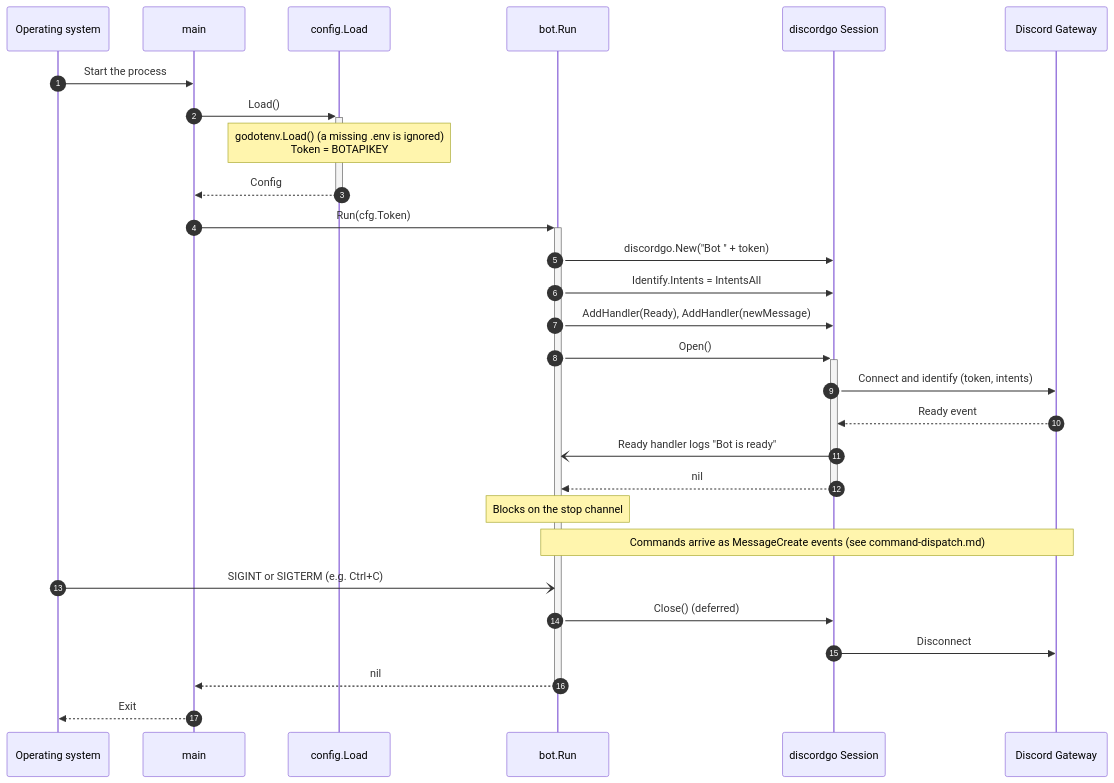
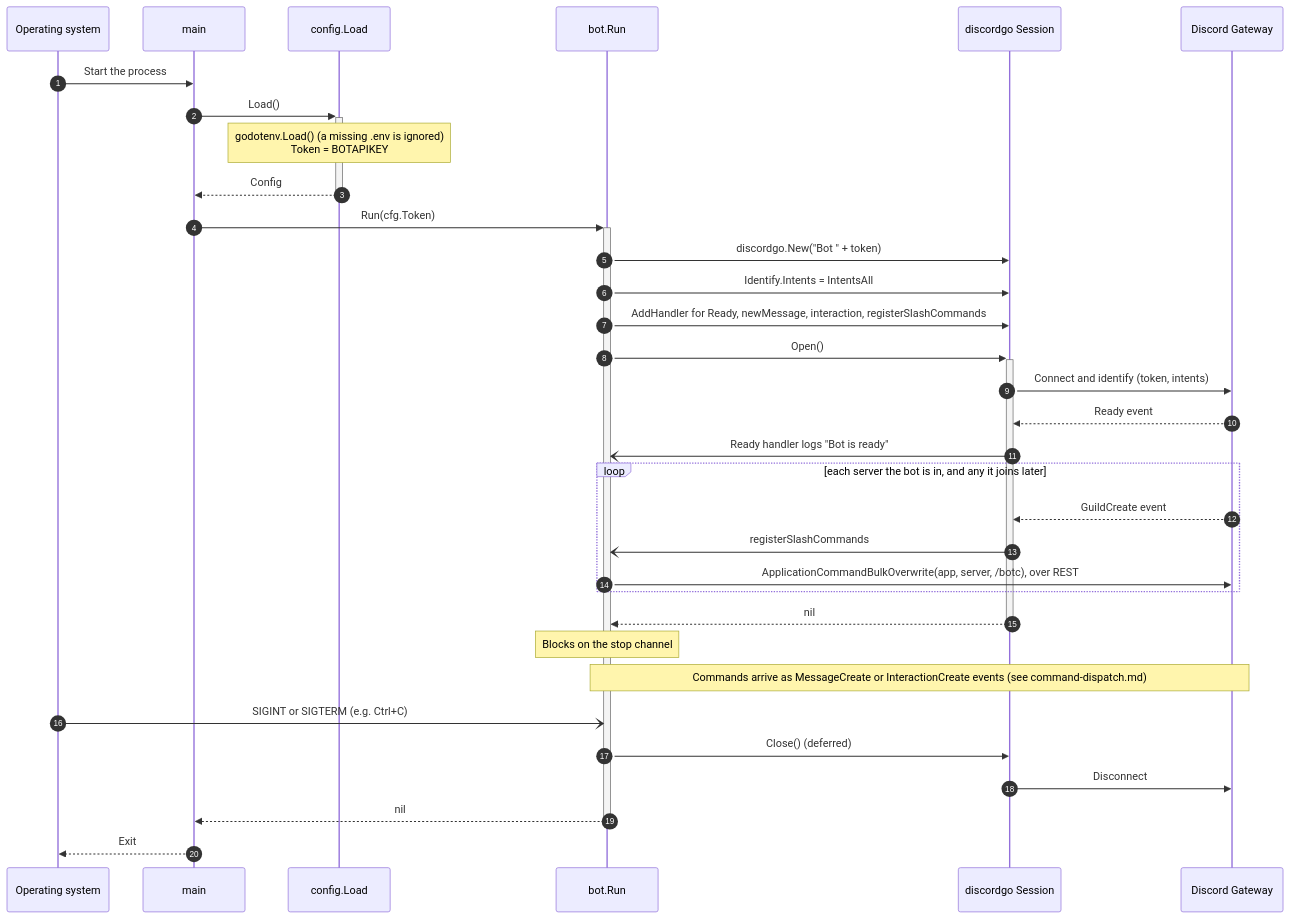
One commit to RAGNOARAKNOS/BotOnTheClocktower changed the second of 2 diagrams in docs/uml/startup.md. Above: the diagram before and after it, drawn with Mermaid. The commit also changed other lines of this file and 20 other files, not shown here.

First line of the commit message:
Refactor command handling to use request struct for slash commands

````diff
--- a/docs/uml/startup.md
+++ b/docs/uml/startup.md
@@ -37,31 +37,36 @@
 ```mermaid
 sequenceDiagram
     autonumber
     participant OS as Operating system
     participant Main as main
     participant Config as config.Load
     participant Bot as bot.Run
     participant Session as discordgo Session
     participant Gateway as Discord Gateway
 
     OS->>Main: Start the process
     Main->>+Config: Load()
     Note over Config: godotenv.Load() (a missing .env is ignored)<br/>Token = BOTAPIKEY
     Config-->>-Main: Config
     Main->>+Bot: Run(cfg.Token)
     Bot->>Session: discordgo.New("Bot " + token)
     Bot->>Session: Identify.Intents = IntentsAll
-    Bot->>Session: AddHandler(Ready), AddHandler(newMessage)
+    Bot->>Session: AddHandler for Ready, newMessage, interaction, registerSlashCommands
     Bot->>+Session: Open()
     Session->>Gateway: Connect and identify (token, intents)
     Gateway-->>Session: Ready event
     Session-)Bot: Ready handler logs "Bot is ready"
+    loop each server the bot is in, and any it joins later
+        Gateway-->>Session: GuildCreate event
+        Session-)Bot: registerSlashCommands
+        Bot->>Gateway: ApplicationCommandBulkOverwrite(app, server, /botc), over REST
+    end
     Session-->>-Bot: nil
     Note over Bot: Blocks on the stop channel
-    Note over Gateway,Bot: Commands arrive as MessageCreate events (see command-dispatch.md)
+    Note over Gateway,Bot: Commands arrive as MessageCreate or InteractionCreate events (see command-dispatch.md)
     OS-)Bot: SIGINT or SIGTERM (e.g. Ctrl+C)
     Bot->>Session: Close() (deferred)
     Session->>Gateway: Disconnect
     Bot-->>-Main: nil
     Main-->>OS: Exit
 ```
````
